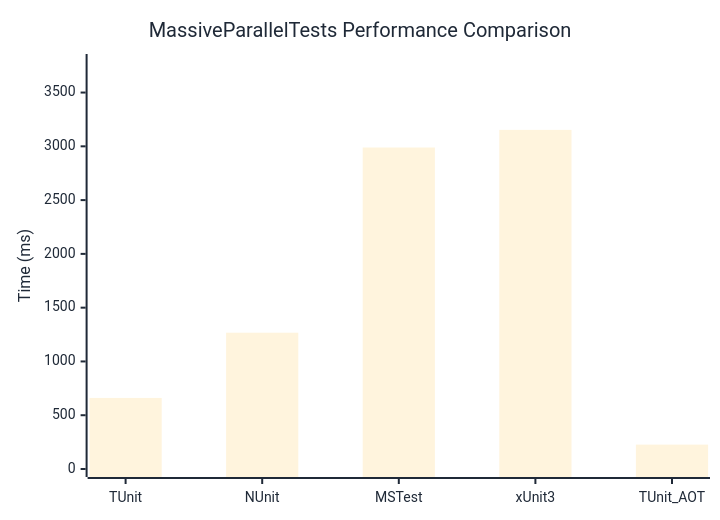
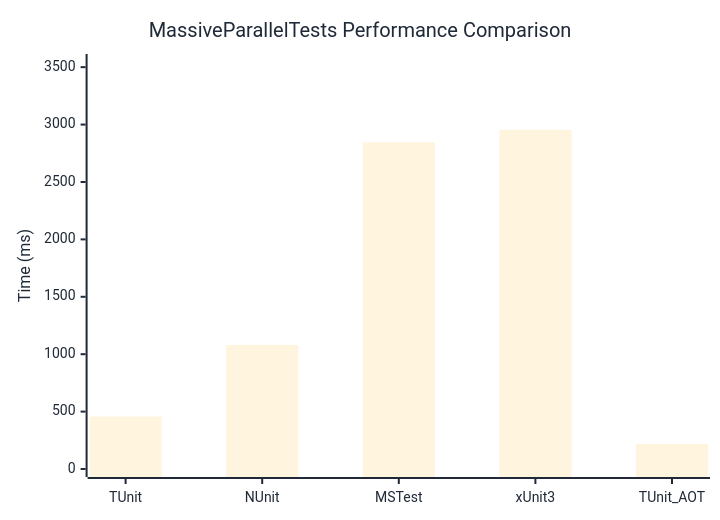
One commit to thomhurst/TUnit changed the diagram in docs/docs/benchmarks/MassiveParallelTests.md. Above: the diagram before and after it, drawn with Mermaid. The commit also changed other lines of this file and 16 other files, not shown here.

````diff
--- a/docs/docs/benchmarks/MassiveParallelTests.md
+++ b/docs/docs/benchmarks/MassiveParallelTests.md
@@ -27,37 +27,37 @@
 ```mermaid
 %%{init: {
   'theme':'base',
   'themeVariables': {
     'primaryColor': '#2563eb',
     'primaryTextColor': '#1f2937',
     'primaryBorderColor': '#1e40af',
     'lineColor': '#6b7280',
     'secondaryColor': '#7c3aed',
     'tertiaryColor': '#dc2626',
     'background': '#ffffff',
     'mainBkg': '#2563eb',
     'secondBkg': '#7c3aed',
     'tertiaryBkg': '#dc2626',
     'clusterBkg': '#f3f4f6',
     'edgeLabelBackground': '#ffffff',
     'tertiaryTextColor': '#1f2937',
     'pie1': '#2563eb',
     'pie2': '#7c3aed',
     'pie3': '#dc2626',
     'pie4': '#f59e0b',
     'pie5': '#10b981',
     'pie6': '#06b6d4',
     'pie7': '#ec4899',
     'pie8': '#6366f1',
     'pie9': '#84cc16',
     'pie10': '#f97316',
     'pie11': '#14b8a6',
     'pie12': '#a855f7'
   }
 }}%%
 xychart-beta
   title "MassiveParallelTests Performance Comparison"
   x-axis ["TUnit", "NUnit", "MSTest", "xUnit3", "TUnit_AOT"]
-  y-axis "Time (ms)" 0 --> 3784
-  bar [660.6, 1267.2, 2989, 3152.9, 226.8]
+  y-axis "Time (ms)" 0 --> 3545
+  bar [456.4, 1080.4, 2845.3, 2953.9, 217.4]
 ```
````
